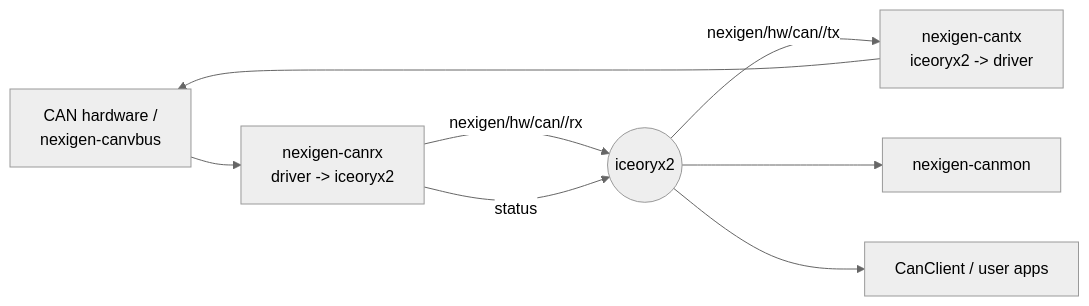
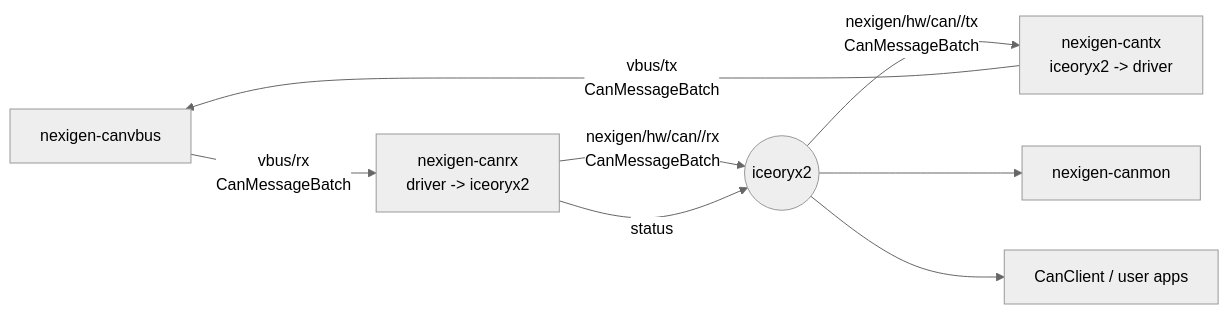
The eighth of 16 diagrams in docs/architecture.md (nexigen-tech/nexigen-cpp), drawn with Mermaid (neutral theme) before and after one commit. The commit also changed other lines of this file and 45 other files, not shown here.

````diff
--- a/docs/architecture.md
+++ b/docs/architecture.md
@@ -972,10 +972,13 @@
 ```mermaid
 flowchart LR
-    HW["CAN hardware /<br/>nexigen-canvbus"] --> RX["nexigen-canrx<br/>driver -> iceoryx2"]
-    TX["nexigen-cantx<br/>iceoryx2 -> driver"] --> HW
-    RX -->|"nexigen/hw/can/<ch>/rx"| BUS(("iceoryx2"))
-    BUS -->|"nexigen/hw/can/<ch>/tx"| TX
+    VBUS["nexigen-canvbus"]
+    RX["nexigen-canrx<br/>driver -> iceoryx2"]
+    TX["nexigen-cantx<br/>iceoryx2 -> driver"]
+    VBUS -->|"vbus/rx<br/>CanMessageBatch"| RX
+    TX -->|"vbus/tx<br/>CanMessageBatch"| VBUS
+    RX -->|"nexigen/hw/can/<ch>/rx<br/>CanMessageBatch"| BUS(("iceoryx2"))
+    BUS -->|"nexigen/hw/can/<ch>/tx<br/>CanMessageBatch"| TX
     BUS --> MON["nexigen-canmon"]
     BUS --> APPS["CanClient / user apps"]
     RX -->|"status"| BUS
 ```
````
